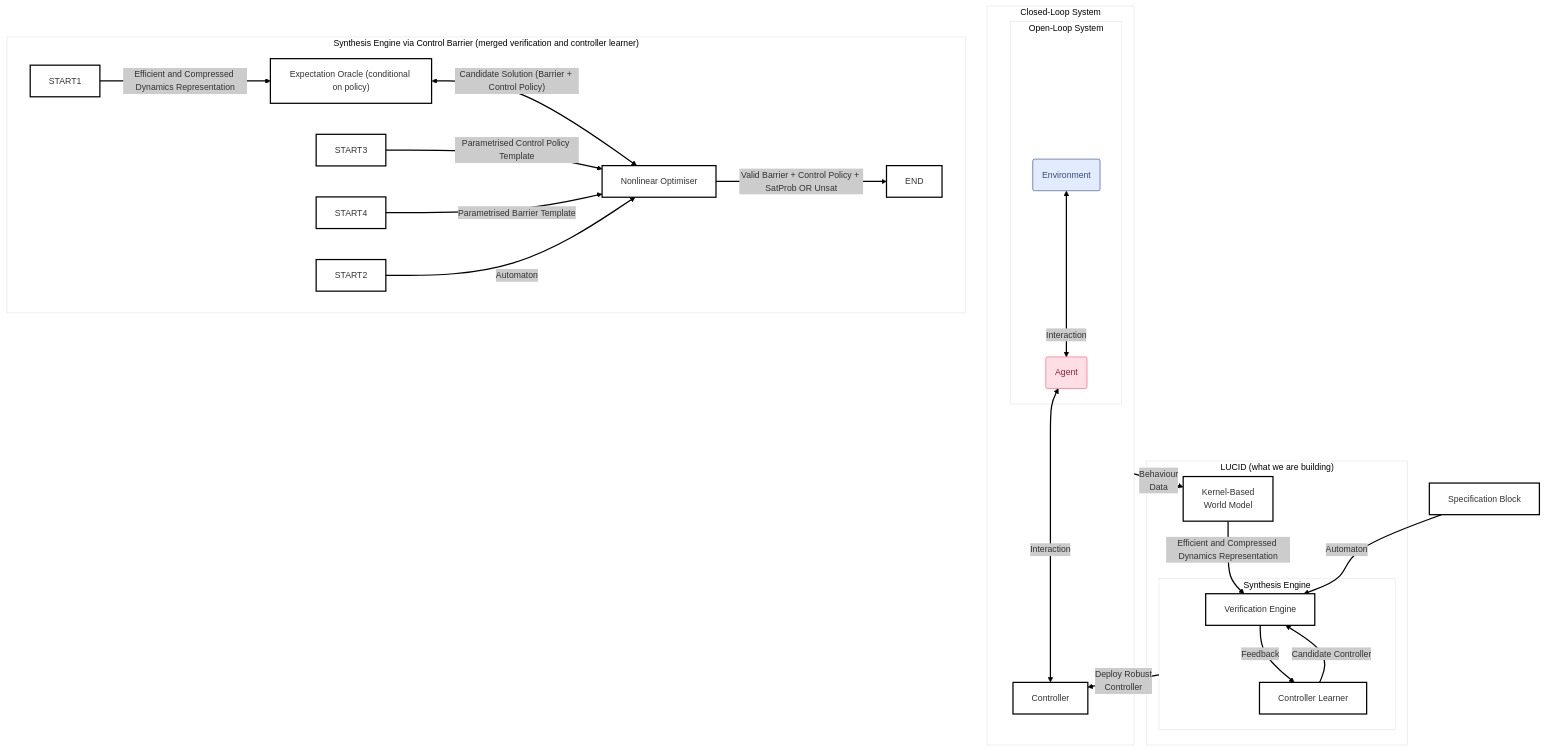
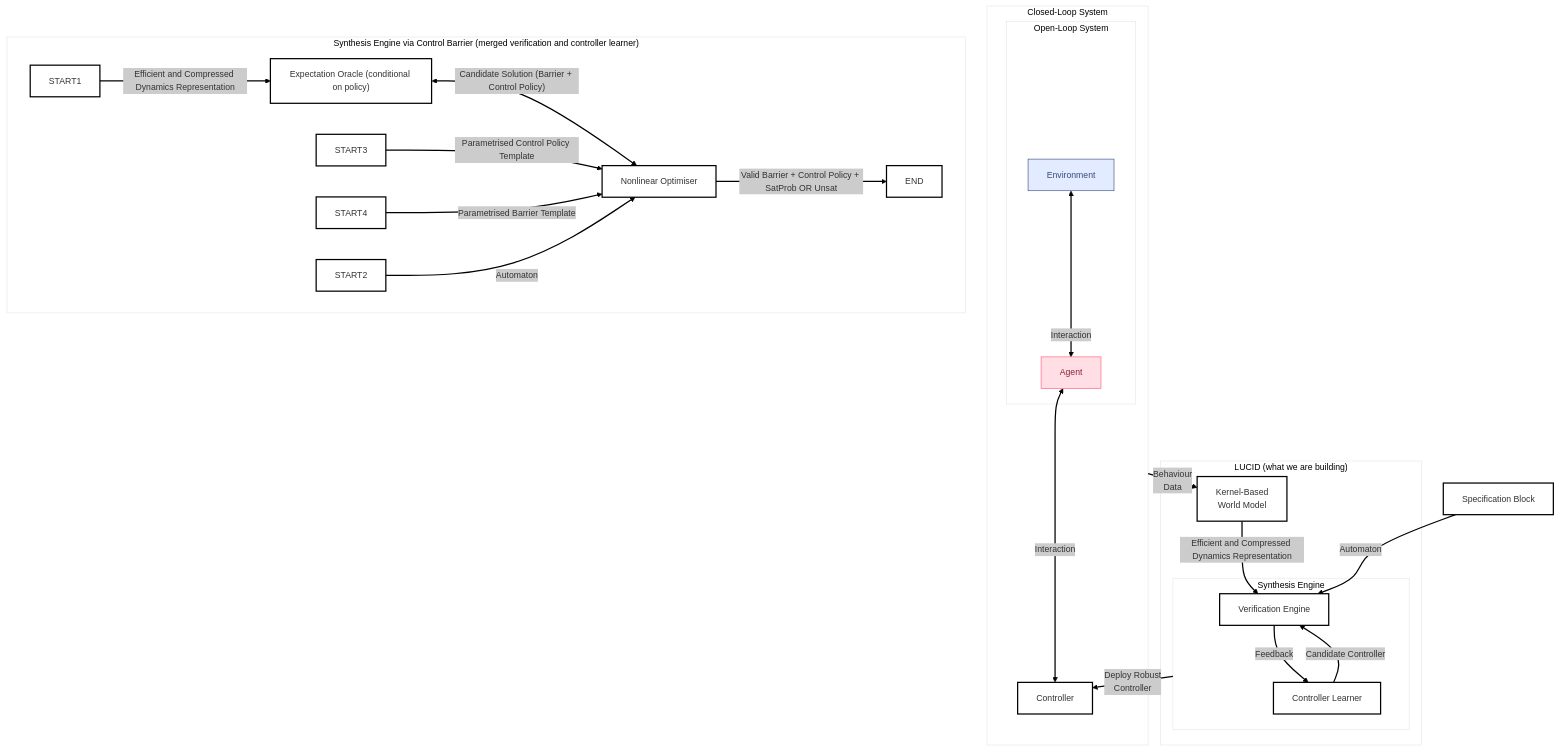
One commit to TendTo/lucid changed the third of 3 diagrams in docs/Architecture.md. Above: the diagram before and after it, drawn with Mermaid. The commit also changed 9 other files, not shown here.

````diff
--- a/docs/Architecture.md
+++ b/docs/Architecture.md
@@ -81,47 +81,47 @@
 ```mermaid
 ---
 config:
   layout: dagre
   theme: neo
 ---
 flowchart TD
  subgraph Dyn["Open-Loop System"]
         A["Agent"]
         Env["Environment"]
   end
  subgraph Sys["Closed-Loop System"]
         Dyn
         C["Controller"]
   end
  subgraph lucid["LUCID (what we are building)"]
         WM["Kernel-Based <br> World Model"]
         Syn["Syn"]
   end
  subgraph Syn["Synthesis Engine"]
         Ver["Verification Engine"]
         RL["Controller Learner"]
   end
     Sys -- Behaviour <br> Data --> WM
     C <-- Interaction --> A
     Env <-- Interaction --> A
     WM -- Efficient and Compressed Dynamics Representation --> Ver
     RL -- Candidate Controller --> Ver
     Syn -- "Deploy Robust <br> Controller" --> C
     Ver -- Feedback --> RL
     Spec["Specification Block"] -- Automaton --> Ver
-    A@{ shape: rounded}
-    Env@{ shape: rounded}
+    A["Agent"]
+    Env["Environment"]
      A:::Rose
      Env:::Sky
     classDef Rose stroke-width:1px, stroke-dasharray:none, stroke:#FF5978, fill:#FFDFE5, color:#8E2236
     classDef Sky stroke-width:1px, stroke-dasharray:none, stroke:#374D7C, fill:#E2EBFF, color:#374D7C
 
 subgraph V["Synthesis Engine via Control Barrier (merged verification and controller learner)"]
     START1:::hidden -- Efficient and Compressed Dynamics Representation --> EO
     EO["Expectation Oracle (conditional on policy)"] <-- Candidate Solution (Barrier + Control Policy) --> Opt
     START3:::hidden -- Parametrised Control Policy Template --> Opt
     START4:::hidden -- Parametrised Barrier Template --> Opt
     Opt["Nonlinear Optimiser"] -- Valid Barrier + Control Policy + SatProb OR Unsat -->END:::hidden
     START2:::hidden -- Automaton --> Opt
 end
 ```
````
